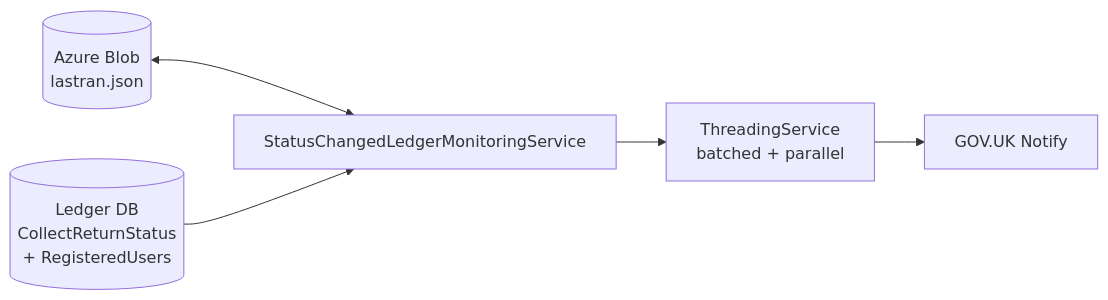
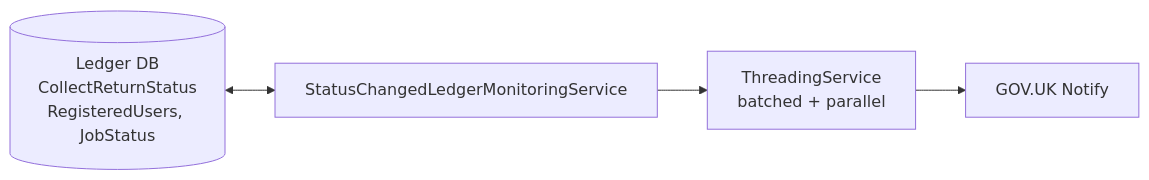
Before and after one commit to DFE-Digital/SchoolAccount-CollectNotifications: the diagram in README.md, drawn with Mermaid. The commit also changed other lines of this file and 16 other files, not shown here.

First line of the commit message:
Move the last run time into the ledger JobStatus table

````diff
--- a/README.md
+++ b/README.md
@@ -21,7 +21,6 @@
 ```mermaid
 flowchart LR
-    B[(Azure Blob<br/>lastran.json)] <--> D
-    C[(Ledger DB<br/>CollectReturnStatus<br/>+ RegisteredUsers)] --> D[StatusChangedLedgerMonitoringService]
+    C[(Ledger DB<br/>CollectReturnStatus<br/>RegisteredUsers, JobStatus)] <--> D[StatusChangedLedgerMonitoringService]
     D --> E[ThreadingService<br/>batched + parallel]
     E --> F[GOV.UK Notify]
 ```
````
